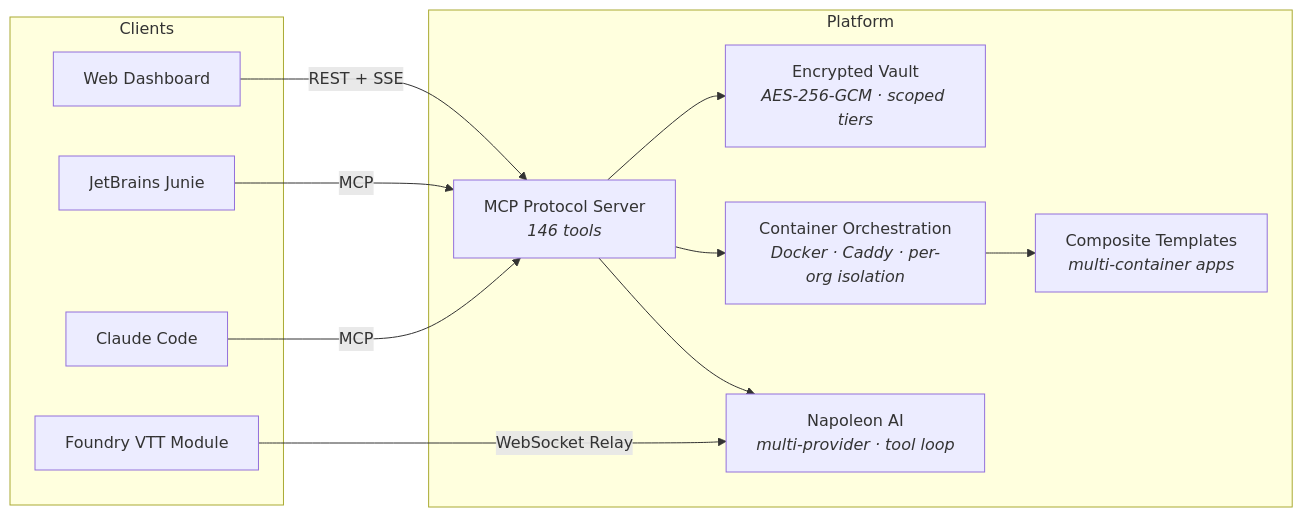
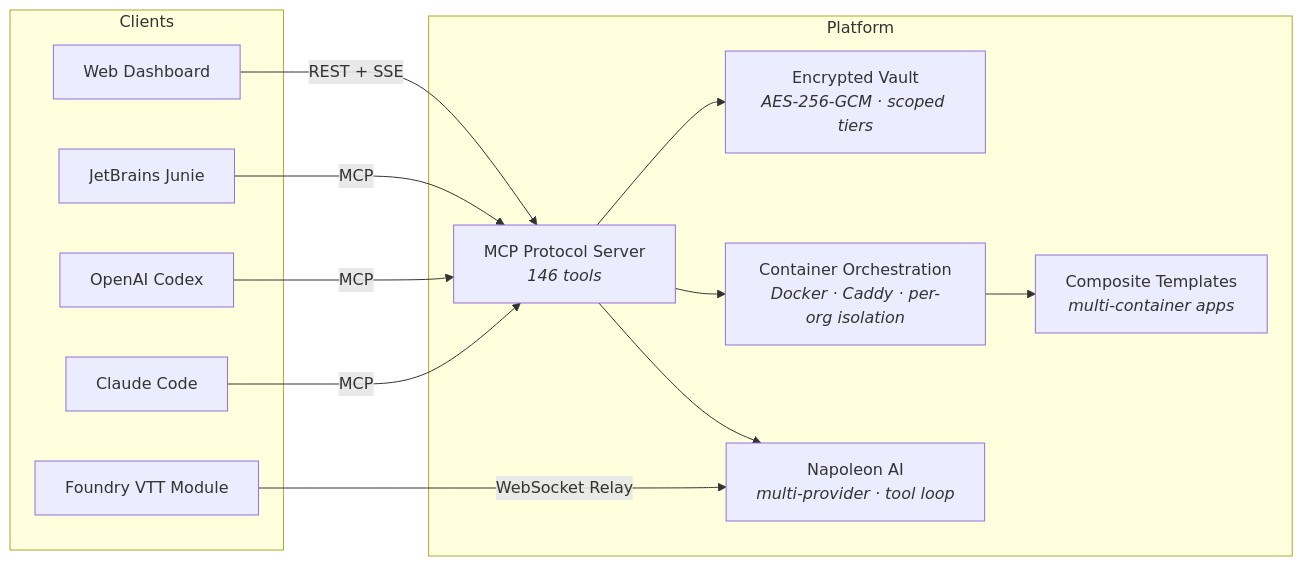
Before and after one commit to savevsgames/savevsgames: the diagram in README.md, drawn with Mermaid. The commit also changed other lines of this file, not shown here.

````diff
--- a/README.md
+++ b/README.md
@@ -23,26 +23,28 @@
 ```mermaid
 graph LR
     subgraph Platform
         MCP[MCP Protocol Server<br><em>146 tools</em>]
         Vault[Encrypted Vault<br><em>AES-256-GCM · scoped tiers</em>]
         Containers[Container Orchestration<br><em>Docker · Caddy · per-org isolation</em>]
         Bundles[Composite Templates<br><em>multi-container apps</em>]
         Napoleon[Napoleon AI<br><em>multi-provider · tool loop</em>]
     end
 
     subgraph Clients
         Claude[Claude Code]
+        Codex[OpenAI Codex]
         Junie[JetBrains Junie]
         Foundry[Foundry VTT Module]
         Dashboard[Web Dashboard]
     end
 
     Claude -->|MCP| MCP
+    Codex -->|MCP| MCP
     Junie -->|MCP| MCP
     Foundry -->|WebSocket Relay| Napoleon
     Dashboard -->|REST + SSE| MCP
     MCP --> Vault
     MCP --> Containers
     MCP --> Napoleon
     Containers --> Bundles
 ```
````
